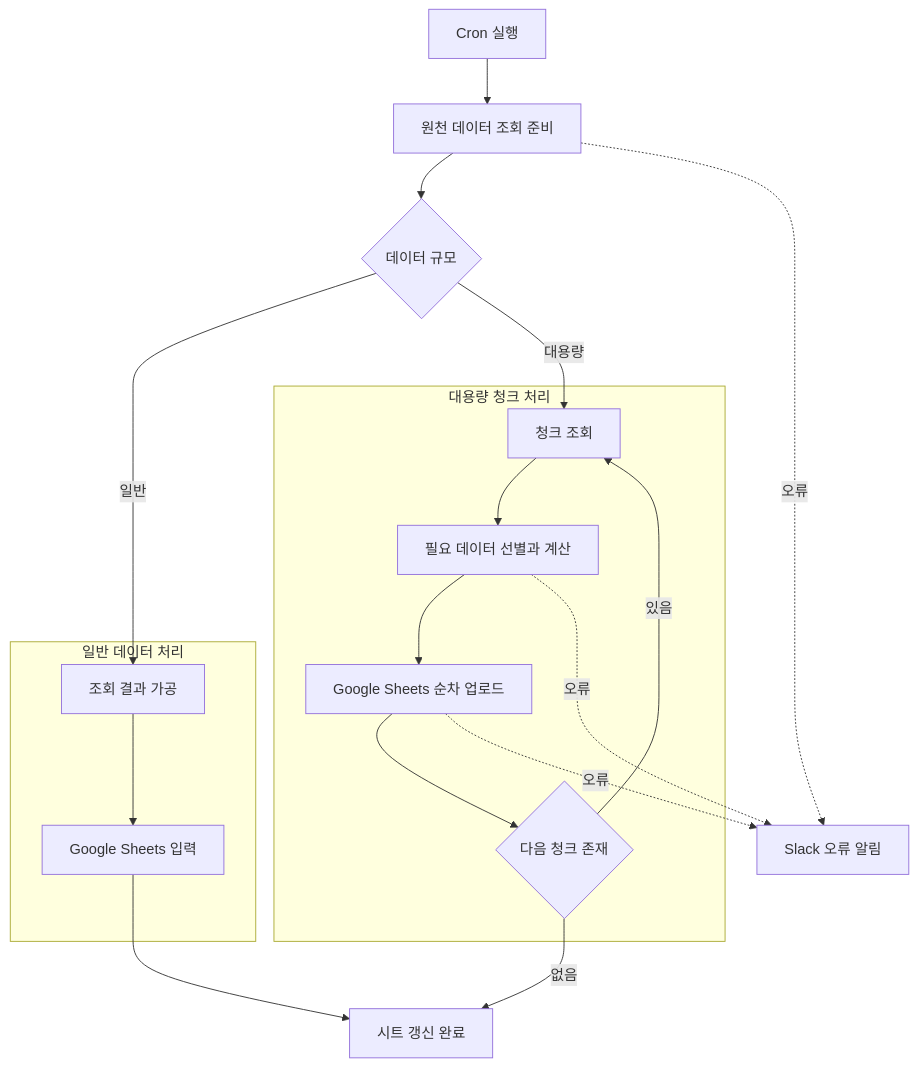
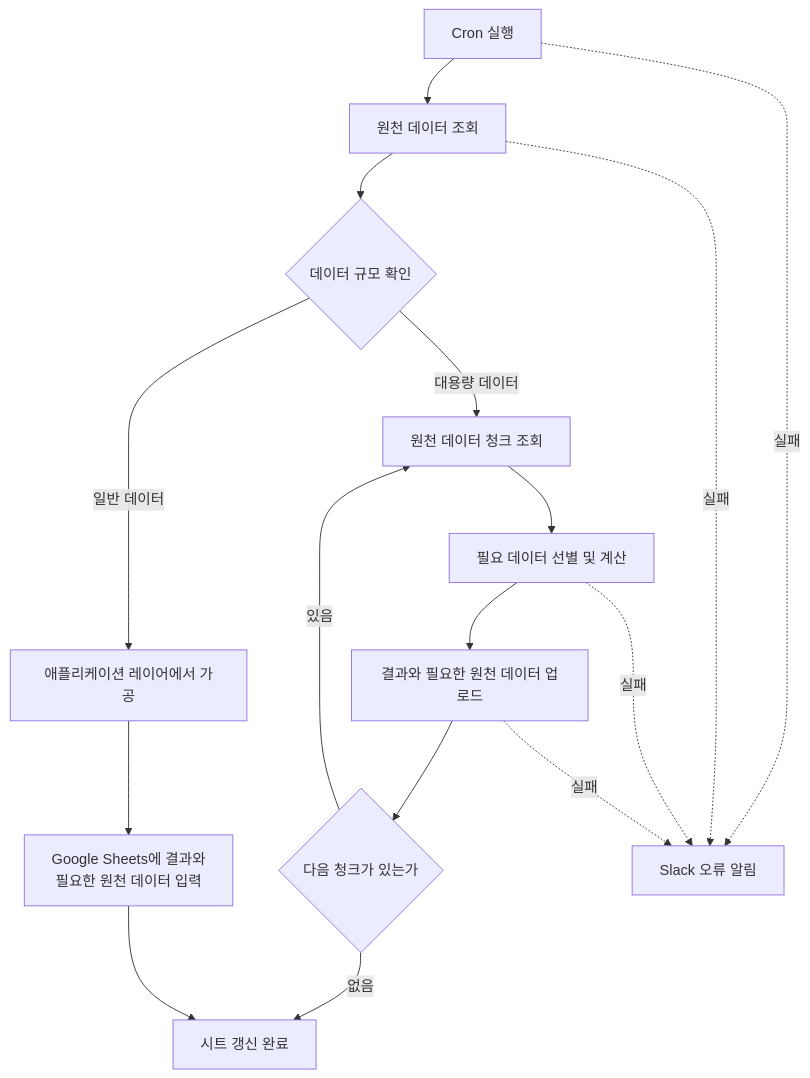
The diagram in projects/public-education/google-sheets-automation.md (KimHG1995/work-history), drawn with Mermaid before and after one commit. The commit also changed other lines of this file, not shown here.

Commit message:
docs: align diagrams with documented implementations

````diff
--- a/projects/public-education/google-sheets-automation.md
+++ b/projects/public-education/google-sheets-automation.md
@@ -64,25 +62,18 @@
 ```mermaid
-flowchart TB
-    schedule["Cron 실행"] --> source["원천 데이터 조회 준비"]
-    source --> size{"데이터 규모"}
-
-    subgraph normal["일반 데이터 처리"]
-        app["조회 결과 가공"] --> sheet["Google Sheets 입력"]
-    end
-
-    subgraph large["대용량 청크 처리"]
-        chunk["청크 조회"] --> calc["필요 데이터 선별과 계산"]
-        calc --> upload["Google Sheets 순차 업로드"]
-        upload --> more{"다음 청크 존재"}
-        more -->|있음| chunk
-    end
-
-    size -->|일반| app
-    size -->|대용량| chunk
+flowchart TD
+    schedule["Cron 실행"] --> source["원천 데이터 조회"]
+    source --> size{"데이터 규모 확인"}
+    size -->|일반 데이터| app["애플리케이션 레이어에서 가공"]
+    app --> sheet["Google Sheets에 결과와<br/>필요한 원천 데이터 입력"]
+    size -->|대용량 데이터| chunk["원천 데이터 청크 조회"]
+    chunk --> calc["필요 데이터 선별 및 계산"]
+    calc --> upload["결과와 필요한 원천 데이터 업로드"]
+    upload --> more{"다음 청크가 있는가"}
+    more -->|있음| chunk
     more -->|없음| done["시트 갱신 완료"]
     sheet --> done
-
-    source -.->|오류| slack["Slack 오류 알림"]
-    calc -.->|오류| slack
-    upload -.->|오류| slack
+    schedule -.->|실패| slack["Slack 오류 알림"]
+    source -.->|실패| slack
+    calc -.->|실패| slack
+    upload -.->|실패| slack
 ```
````
